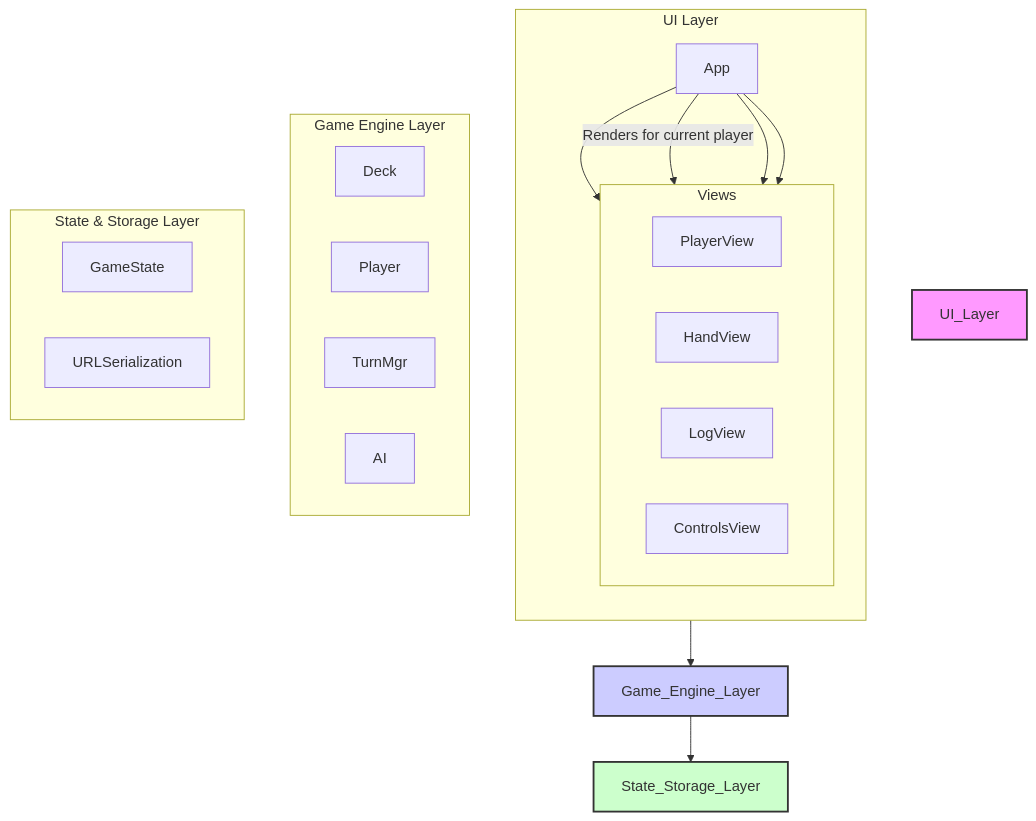
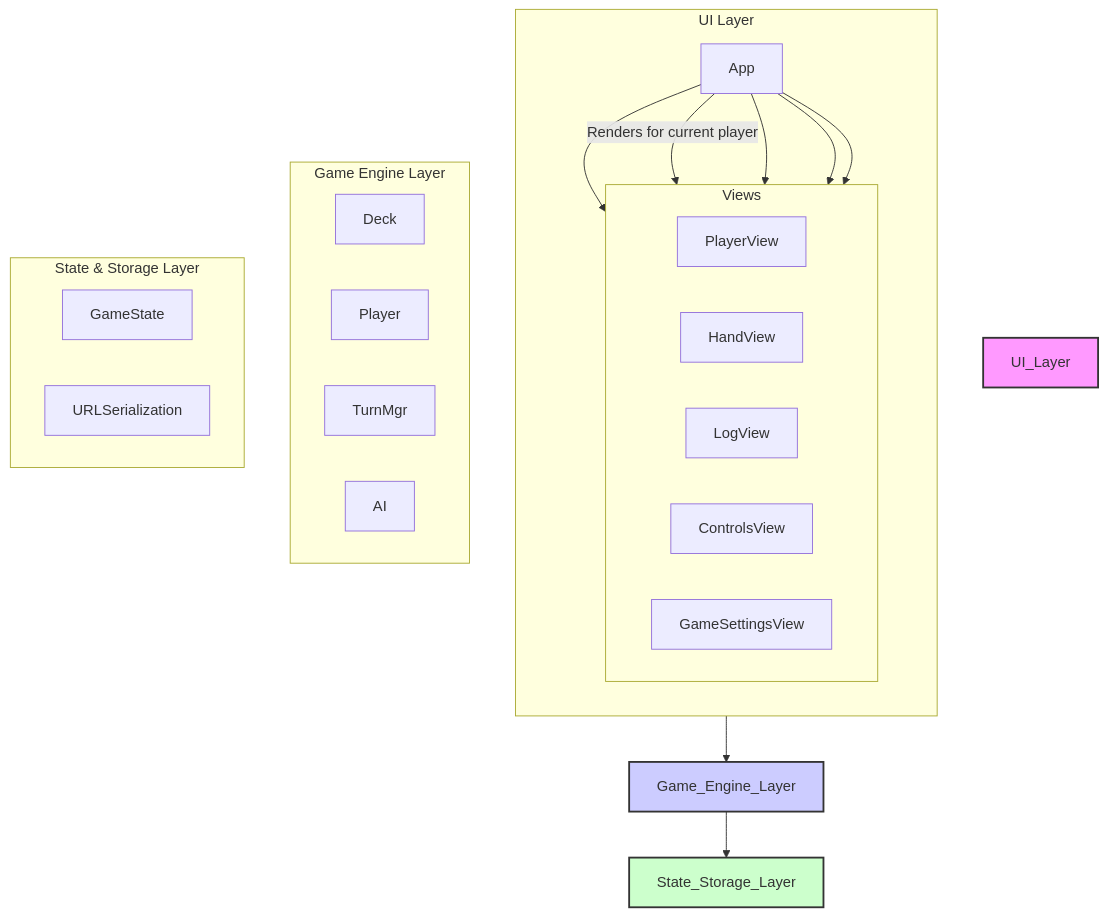
The diagram in memory-bank/systemPatterns.md (slior/race-game), drawn with Mermaid before and after one commit. The commit also changed other lines of this file and 7 other files, not shown here.

````diff
--- a/memory-bank/systemPatterns.md
+++ b/memory-bank/systemPatterns.md
@@ -5,41 +5,43 @@
 ```mermaid
 flowchart TD
     subgraph UI Layer
         direction TD
         App
 
         subgraph "Views"
             direction LR
             PlayerView
             HandView
             LogView
             ControlsView
+            GameSettingsView
         end
 
         App --> PlayerView
         App -- Renders for current player --> HandView
         App --> LogView
         App --> ControlsView
+        App --> GameSettingsView
     end
 
     subgraph Game Engine Layer
         direction LR
         Deck
         Player
         TurnMgr
         AI
     end
 
     subgraph State & Storage Layer
         direction LR
         GameState
         URLSerialization
     end
 
     App --> Game_Engine_Layer
     Game_Engine_Layer --> State_Storage_Layer
 
     style UI_Layer fill:#f9f,stroke:#333,stroke-width:2px
     style Game_Engine_Layer fill:#ccf,stroke:#333,stroke-width:2px
     style State_Storage_Layer fill:#cfc,stroke:#333,stroke-width:2px
 ```
````
